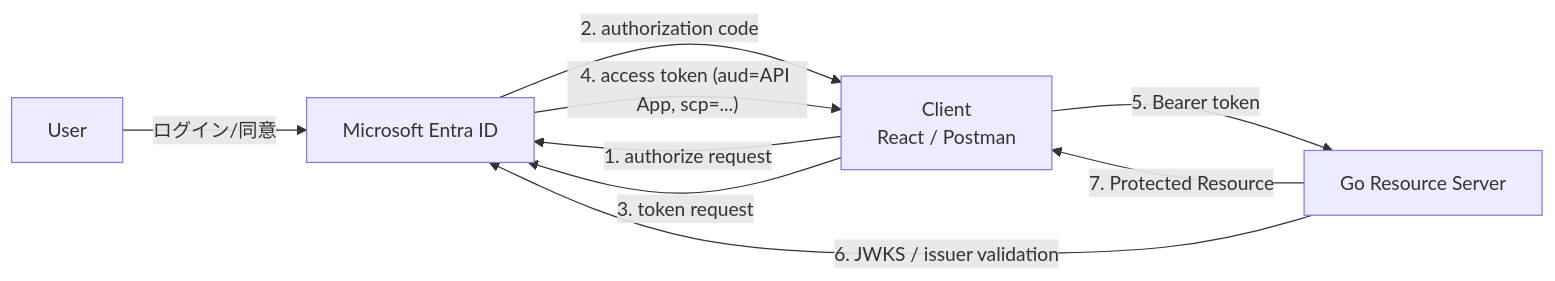
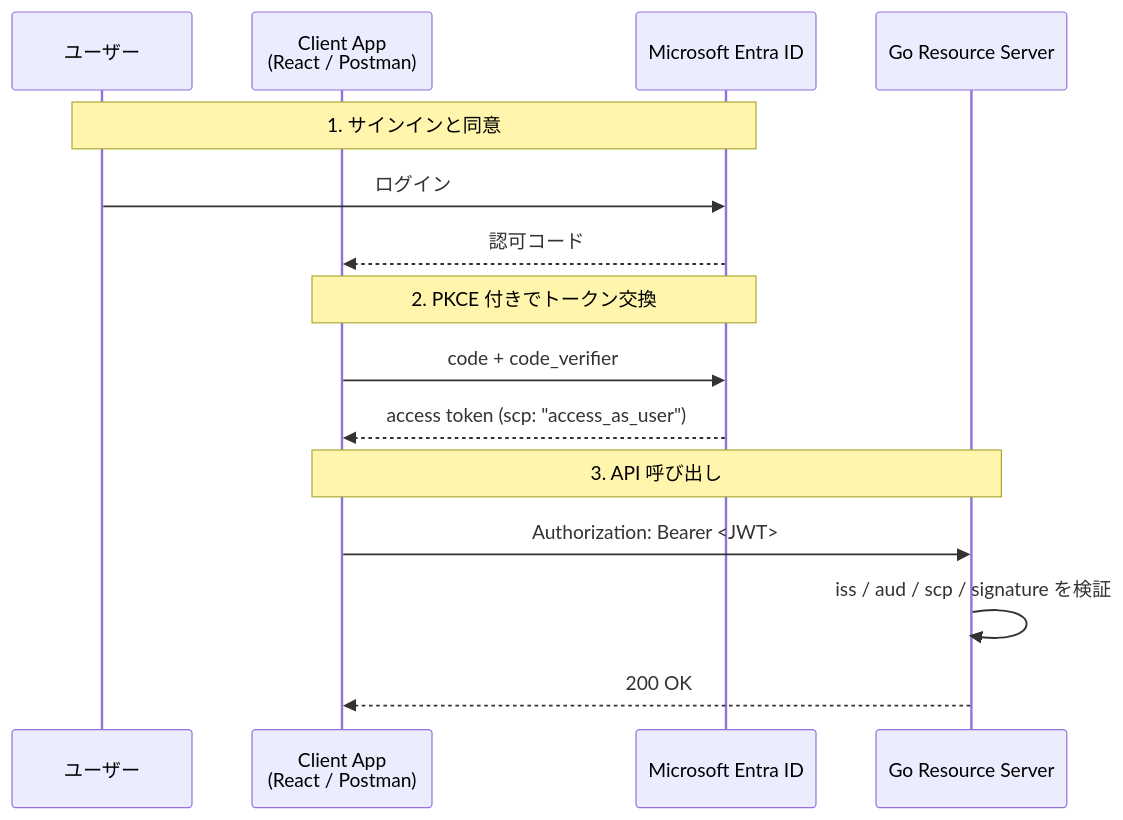
Before and after one commit to sokoide/workshop: the second of 2 diagrams in infra/oauth2_entra_ja.md, drawn with Mermaid. The commit also changed other lines of this file and 3 other files, not shown here.

````diff
--- a/infra/oauth2_entra_ja.md
+++ b/infra/oauth2_entra_ja.md
@@ -90,11 +152,20 @@
 ```mermaid
-graph LR
-    RO["User"] -->|ログイン/同意| AS["Microsoft Entra ID"]
-    CL["Client<br>React / Postman"] -->|1. authorize request| AS
-    AS -->|2. authorization code| CL
-    CL -->|3. token request| AS
-    AS -->|"4. access token (aud=API App, scp=...)"| CL
-    CL -->|5. Bearer token| RS["Go Resource Server"]
-    RS -->|6. JWKS / issuer validation| AS
-    RS -->|7. Protected Resource| CL
+sequenceDiagram
+    participant User as ユーザー
+    participant Client as Client App<br/>(React / Postman)
+    participant Entra as Microsoft Entra ID
+    participant API as Go Resource Server
+
+    Note over User, Entra: 1. サインインと同意
+    User->>Entra: ログイン
+    Entra-->>Client: 認可コード
+
+    Note over Client, Entra: 2. PKCE 付きでトークン交換
+    Client->>Entra: code + code_verifier
+    Entra-->>Client: access token (scp: "access_as_user")
+
+    Note over Client, API: 3. API 呼び出し
+    Client->>API: Authorization: Bearer <JWT>
+    API->>API: iss / aud / scp / signature を検証
+    API-->>Client: 200 OK
 ```
````
